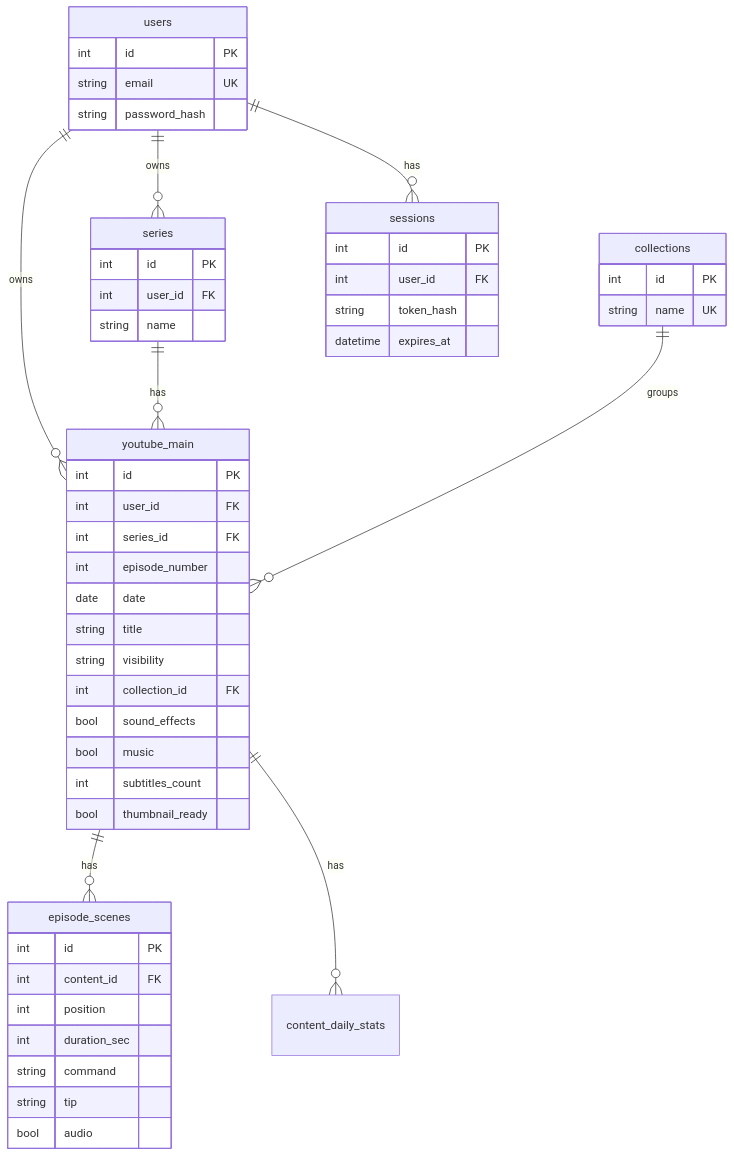
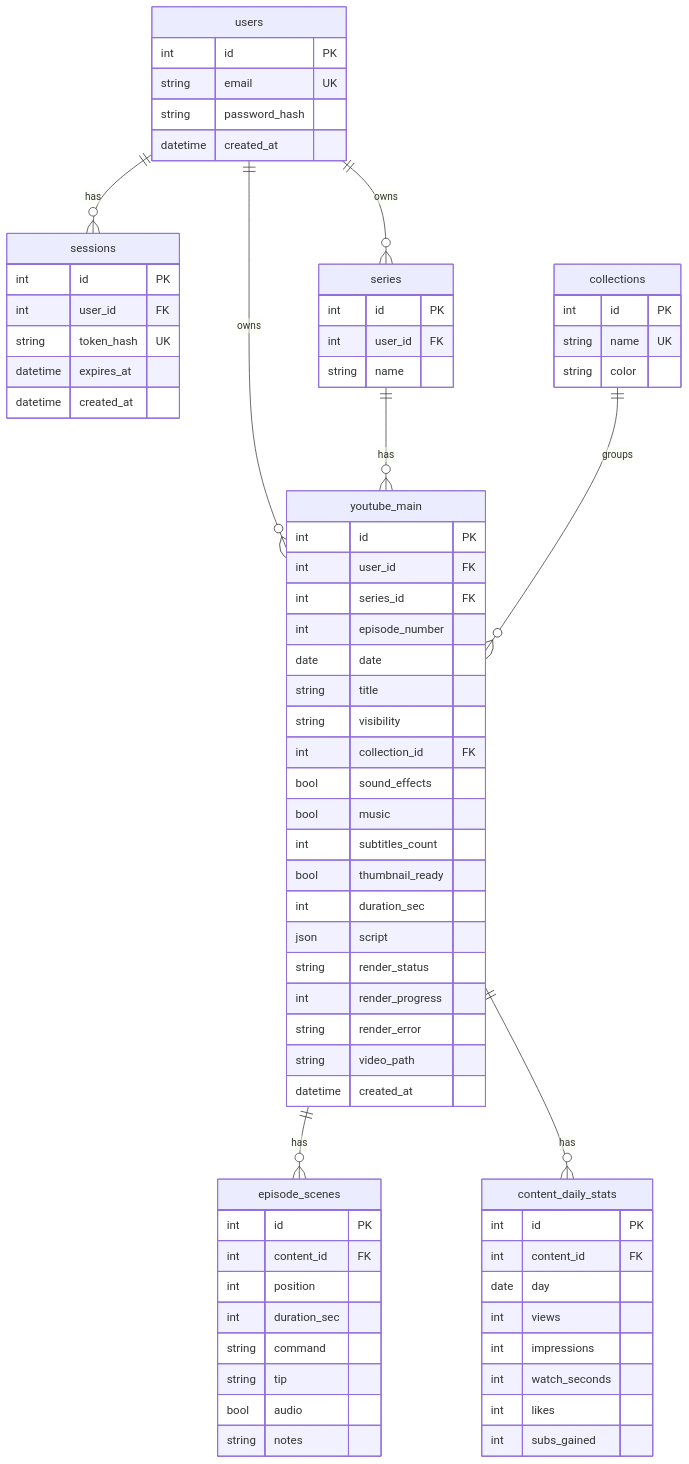
Before and after one commit to irAbs174/YouTube-Content-Manager: the second of 2 diagrams in .cursor/plans/auth_lab_emulator_792938f7.plan.md, drawn with Mermaid. The commit also changed other lines of this file and 40 other files, not shown here.

````diff
--- a/.cursor/plans/auth_lab_emulator_792938f7.plan.md
+++ b/.cursor/plans/auth_lab_emulator_792938f7.plan.md
@@ -60,54 +90,75 @@
 ```mermaid
 erDiagram
+  users ||--o{ sessions : has
   users ||--o{ series : owns
   users ||--o{ youtube_main : owns
   series ||--o{ youtube_main : has
   collections ||--o{ youtube_main : groups
   youtube_main ||--o{ episode_scenes : has
   youtube_main ||--o{ content_daily_stats : has
-  users ||--o{ sessions : has
 
   users {
     int id PK
     string email UK
     string password_hash
+    datetime created_at
   }
   sessions {
     int id PK
     int user_id FK
-    string token_hash
+    string token_hash UK
     datetime expires_at
+    datetime created_at
   }
   series {
     int id PK
     int user_id FK
     string name
   }
   collections {
     int id PK
     string name UK
+    string color
   }
   youtube_main {
     int id PK
     int user_id FK
     int series_id FK
     int episode_number
     date date
     string title
     string visibility
     int collection_id FK
     bool sound_effects
     bool music
     int subtitles_count
     bool thumbnail_ready
+    int duration_sec
+    json script
+    string render_status
+    int render_progress
+    string render_error
+    string video_path
+    datetime created_at
   }
   episode_scenes {
     int id PK
     int content_id FK
     int position
     int duration_sec
     string command
     string tip
     bool audio
+    string notes
+  }
+  content_daily_stats {
+    int id PK
+    int content_id FK
+    date day
+    int views
+    int impressions
+    int watch_seconds
+    int likes
+    int subs_gained
   }
 ```
````
